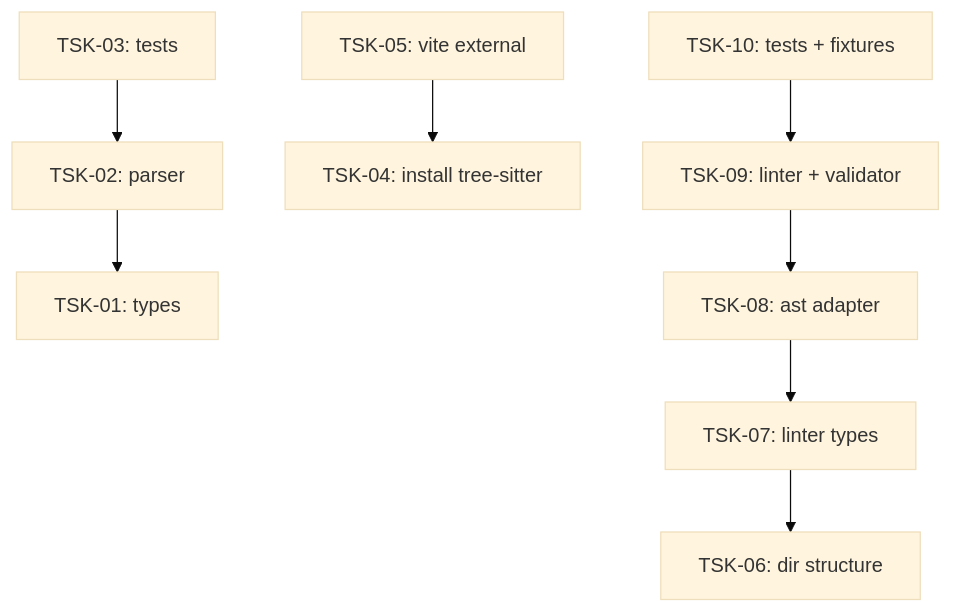
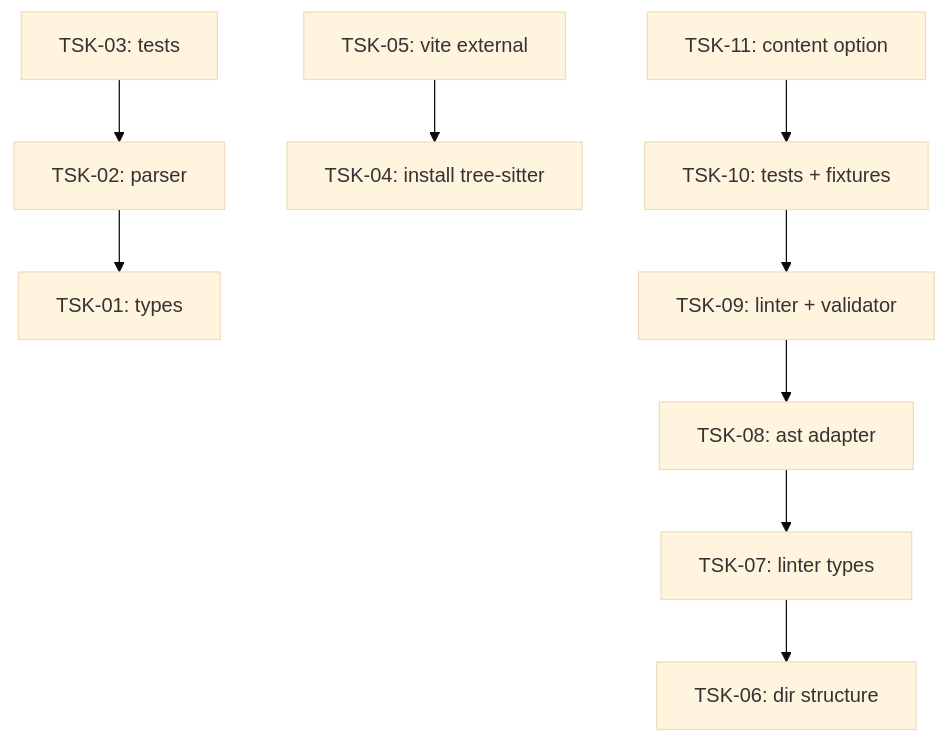
Before and after one commit to RubaXa/gennady: the diagram in tasks/dbc/README.md, drawn with Mermaid (base theme). The commit also changed other lines of this file and 40 other files, not shown here.

````diff
--- a/tasks/dbc/README.md
+++ b/tasks/dbc/README.md
@@ -29,20 +29,22 @@
 ```mermaid
 graph TD
     TSK-01[TSK-01: types]
     TSK-02[TSK-02: parser]
     TSK-03[TSK-03: tests]
     TSK-02 --> TSK-01
     TSK-03 --> TSK-02
     TSK-04[TSK-04: install tree-sitter]
     TSK-05[TSK-05: vite external]
     TSK-06[TSK-06: dir structure]
     TSK-07[TSK-07: linter types]
     TSK-08[TSK-08: ast adapter]
     TSK-09[TSK-09: linter + validator]
     TSK-10[TSK-10: tests + fixtures]
     TSK-05 --> TSK-04
     TSK-07 --> TSK-06
     TSK-08 --> TSK-07
     TSK-09 --> TSK-08
     TSK-10 --> TSK-09
+    TSK-11[TSK-11: content option]
+    TSK-11 --> TSK-10
 ```
````
